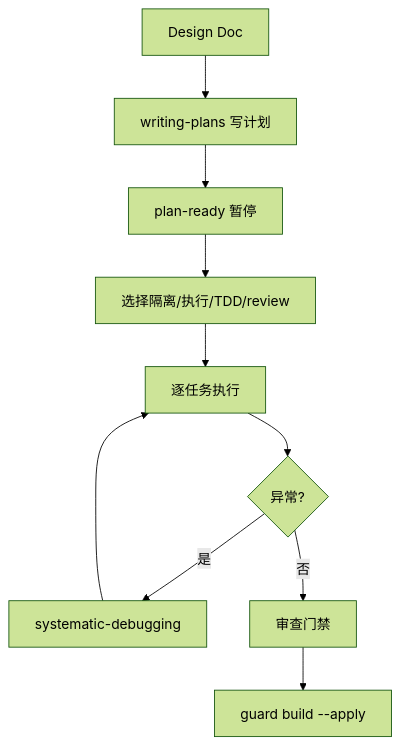
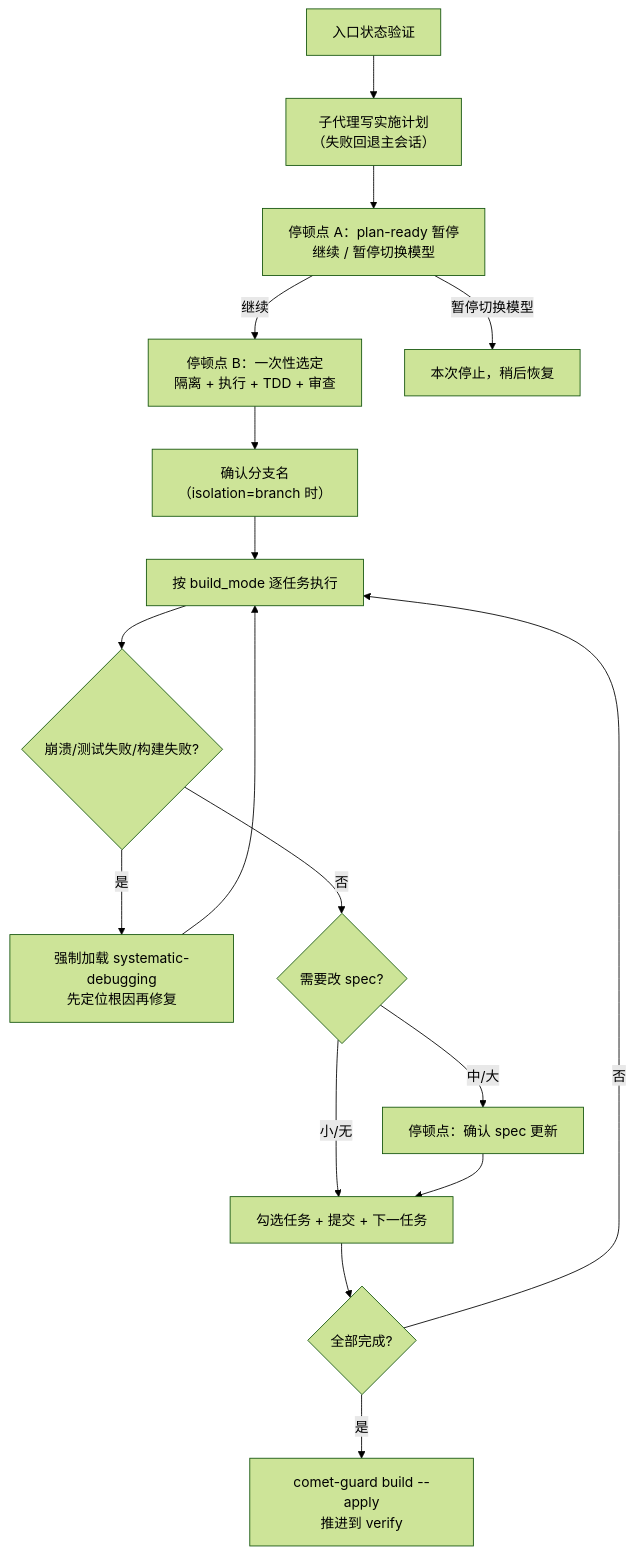
One commit to rpamis/comet-website-docs changed the diagram in zh/phases/build.mdx. Above: the diagram before and after it, drawn with Mermaid (forest theme). The commit also changed other lines of this file and 4 other files, not shown here.

````diff
--- a/zh/phases/build.mdx
+++ b/zh/phases/build.mdx
@@ -165,12 +34,19 @@
 ```mermaid
 flowchart TD
-  A["Design Doc"] --> B["writing-plans 写计划"]
-  B --> C["plan-ready 暂停"]
-  C --> D["选择隔离/执行/TDD/review"]
-  D --> E["逐任务执行"]
-  E --> F{"异常?"}
-  F -->|是| G["systematic-debugging"]
-  G --> E
-  F -->|否| H["审查门禁"]
-  H --> I["guard build --apply"]
+    Entry["入口状态验证"] --> S1["子代理写实施计划<br/>（失败回退主会话）"]
+    S1 --> Stop2["停顿点 A：plan-ready 暂停<br/>继续 / 暂停切换模型"]
+    Stop2 -->|继续| Stop3["停顿点 B：一次性选定<br/>隔离 + 执行 + TDD + 审查"]
+    Stop2 -->|暂停切换模型| PauseDone["本次停止，稍后恢复"]
+    Stop3 --> StopBranch["确认分支名<br/>（isolation=branch 时）"]
+    StopBranch --> Exec["按 build_mode 逐任务执行"]
+    Exec --> Debug{"崩溃/测试失败/构建失败?"}
+    Debug -->|是| DebugGate["强制加载 systematic-debugging<br/>先定位根因再修复"]
+    DebugGate --> Exec
+    Debug -->|否| SpecUpd{"需要改 spec?"}
+    SpecUpd -->|中/大| SpecPause["停顿点：确认 spec 更新"]
+    SpecUpd -->|小/无| TaskLoop["勾选任务 + 提交 + 下一任务"]
+    SpecPause --> TaskLoop
+    TaskLoop --> Done{"全部完成?"}
+    Done -->|否| Exec
+    Done -->|是| Exit["comet-guard build --apply<br/>推进到 verify"]
 ```
````
